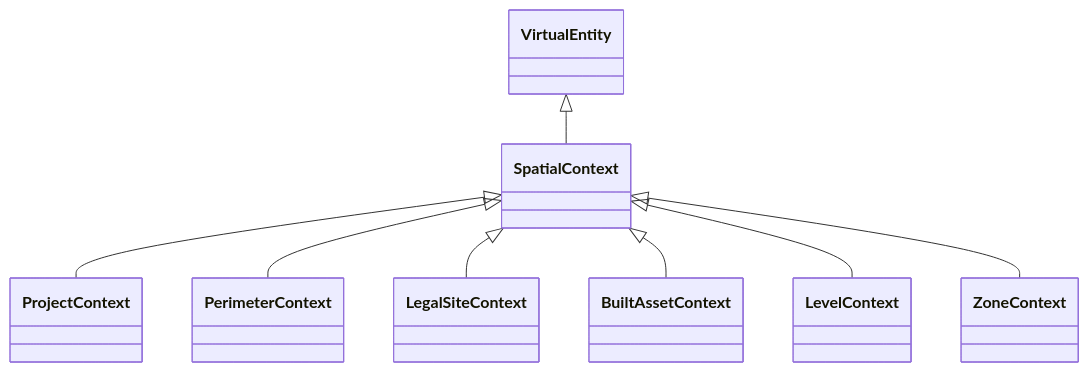
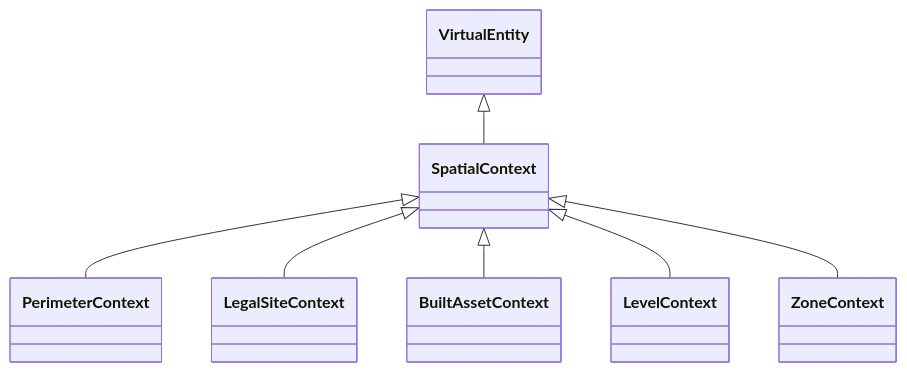
Before and after one commit to simondilhas/pragmatic-bim-data-contract: the diagram in site/.md-src/schema/SpatialContext.md, drawn with Mermaid. The commit also changed other lines of this file and 677 other files, not shown here.

First line of the commit message:
Enhance classification and contract schemas for improved clarity and functionality

````diff
--- a/site/.md-src/schema/SpatialContext.md
+++ b/site/.md-src/schema/SpatialContext.md
@@ -23,41 +23,39 @@
 ```mermaid
 classDiagram
 direction TB
 class SpatialContext
 click SpatialContext href "./SpatialContext.html" _blank
 VirtualEntity <|-- SpatialContext
 click VirtualEntity href "./VirtualEntity.html" _blank
-SpatialContext <|-- ProjectContext
-click ProjectContext href "./ProjectContext.html" _blank
 SpatialContext <|-- PerimeterContext
 click PerimeterContext href "./PerimeterContext.html" _blank
 SpatialContext <|-- LegalSiteContext
 click LegalSiteContext href "./LegalSiteContext.html" _blank
 SpatialContext <|-- BuiltAssetContext
 click BuiltAssetContext href "./BuiltAssetContext.html" _blank
 SpatialContext <|-- LevelContext
 click LevelContext href "./LevelContext.html" _blank
 SpatialContext <|-- ZoneContext
 click ZoneContext href "./ZoneContext.html" _blank
 click Entity href "./Entity.html" _blank
 click Classification href "./Classification.html" _blank
 click ContextType href "./ContextType.html" _blank
 click CostRecord href "./CostRecord.html" _blank
 click GeometryRepresentation href "./GeometryRepresentation.html" _blank
 click Entity href "./Entity.html" _blank
 click LocalizedText href "./LocalizedText.html" _blank
 click LocalizedText href "./LocalizedText.html" _blank
 click Material href "./Material.html" _blank
 click MetadataEntry href "./MetadataEntry.html" _blank
 click BuiltAssetContext href "./BuiltAssetContext.html" _blank
 click LegalSiteContext href "./LegalSiteContext.html" _blank
 click LevelContext href "./LevelContext.html" _blank
 click PerimeterContext href "./PerimeterContext.html" _blank
-click ProjectContext href "./ProjectContext.html" _blank
+click Project href "./Project.html" _blank
 click ZoneContext href "./ZoneContext.html" _blank
 click PerformanceProperty href "./PerformanceProperty.html" _blank
 click QuantityValue href "./QuantityValue.html" _blank
 click StatusType href "./StatusType.html" _blank
 click TimeRecord href "./TimeRecord.html" _blank
 click ZoneType href "./ZoneType.html" _blank
 ```
````
